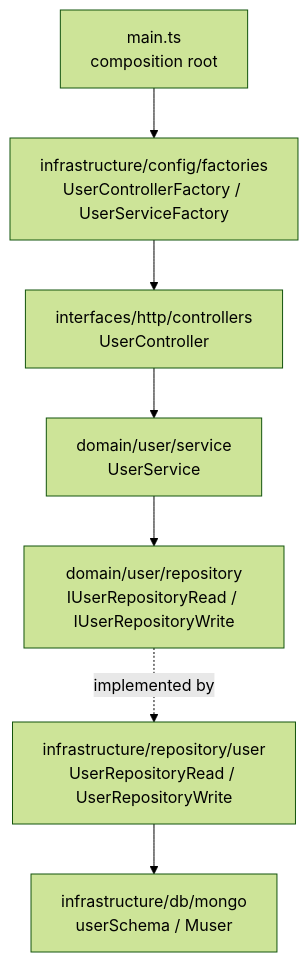
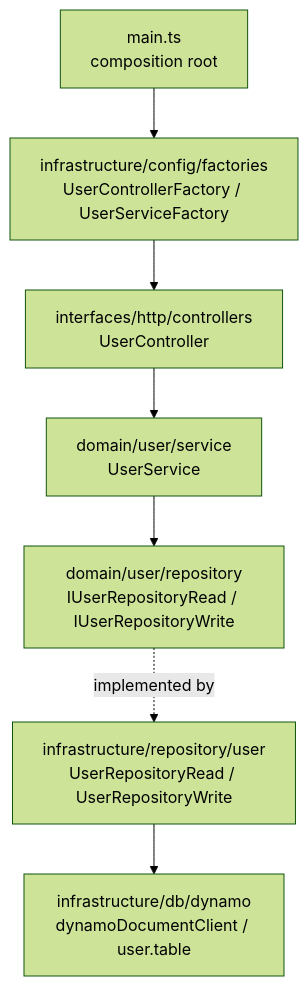
One commit to whitebeardit/node-boilerplate changed the diagram in docs/architecture.md. Above: the diagram before and after it, drawn with Mermaid (forest theme). The commit also changed other lines of this file and 37 other files, not shown here.

````diff
--- a/docs/architecture.md
+++ b/docs/architecture.md
@@ -8,9 +8,9 @@
 ```mermaid
 graph TD
     A[main.ts<br/>composition root] --> B[infrastructure/config/factories<br/>UserControllerFactory / UserServiceFactory]
     B --> C[interfaces/http/controllers<br/>UserController]
     C --> D[domain/user/service<br/>UserService]
     D --> E[domain/user/repository<br/>IUserRepositoryRead / IUserRepositoryWrite]
     E -.implemented by.-> F[infrastructure/repository/user<br/>UserRepositoryRead / UserRepositoryWrite]
-    F --> G[infrastructure/db/mongo<br/>userSchema / Muser]
+    F --> G[infrastructure/db/dynamo<br/>dynamoDocumentClient / user.table]
 ```
````
